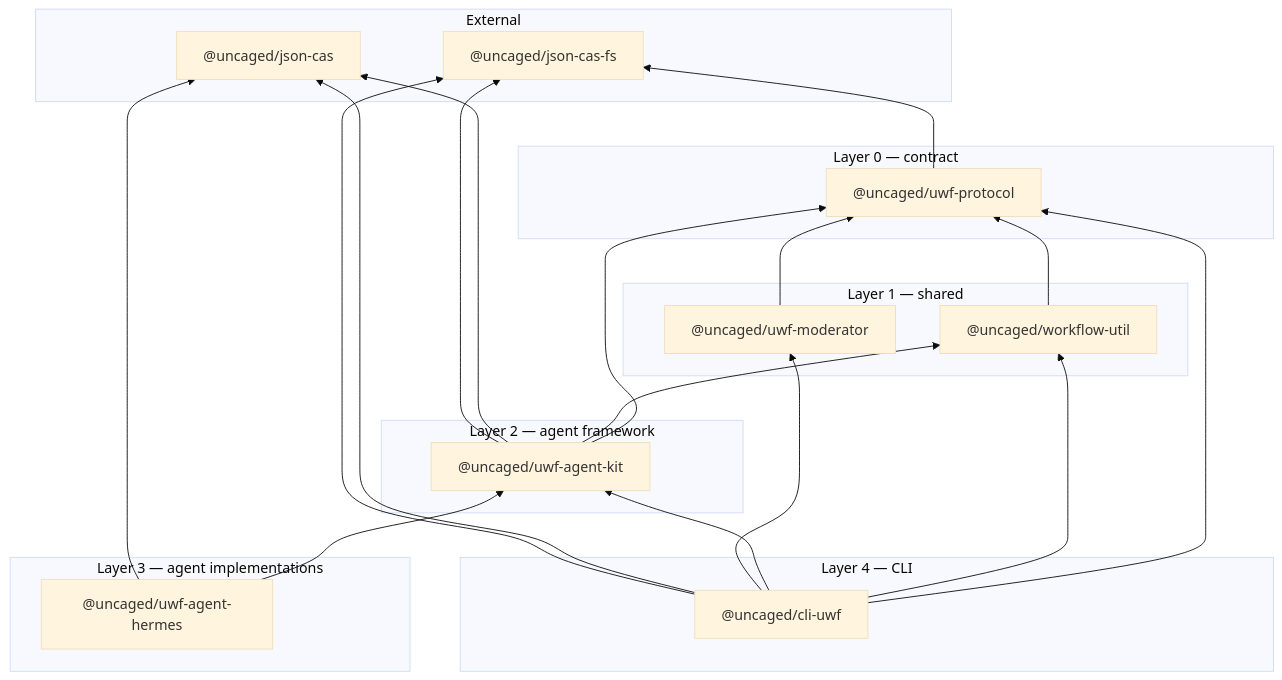
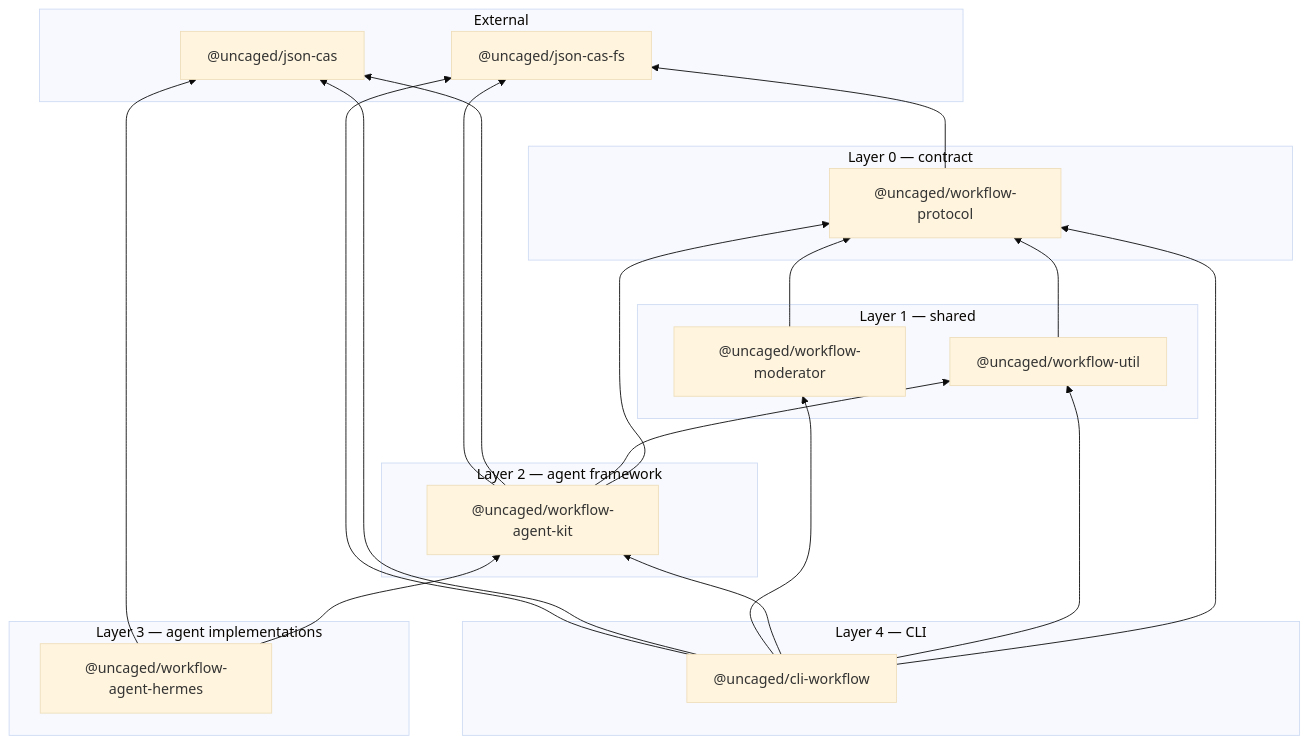
Before and after one commit to shazhou-ww/united-workforce: the diagram in docs/architecture.md, drawn with Mermaid (base theme). The commit also changed other lines of this file and 77 other files, not shown here.

First line of the commit message:
chore: rename uwf-* → workflow-*, cli-uwf → cli-workflow

````diff
--- a/docs/architecture.md
+++ b/docs/architecture.md
@@ -37,38 +37,38 @@
 ```mermaid
 flowchart BT
   subgraph External
     jcas["@uncaged/json-cas"]
     jcasfs["@uncaged/json-cas-fs"]
   end
   subgraph L0["Layer 0 — contract"]
-    protocol["@uncaged/uwf-protocol"]
+    protocol["@uncaged/workflow-protocol"]
   end
   subgraph L1["Layer 1 — shared"]
     util["@uncaged/workflow-util"]
-    moderator["@uncaged/uwf-moderator"]
+    moderator["@uncaged/workflow-moderator"]
   end
   subgraph L2["Layer 2 — agent framework"]
-    kit["@uncaged/uwf-agent-kit"]
+    kit["@uncaged/workflow-agent-kit"]
   end
   subgraph L3["Layer 3 — agent implementations"]
-    hermes["@uncaged/uwf-agent-hermes"]
+    hermes["@uncaged/workflow-agent-hermes"]
   end
   subgraph L4["Layer 4 — CLI"]
-    cli["@uncaged/cli-uwf"]
+    cli["@uncaged/cli-workflow"]
   end
   protocol --> jcasfs
   util --> protocol
   moderator --> protocol
   kit --> protocol
   kit --> util
   kit --> jcas
   kit --> jcasfs
   hermes --> kit
   hermes --> jcas
   cli --> protocol
   cli --> util
   cli --> kit
   cli --> moderator
   cli --> jcas
   cli --> jcasfs
 ```
````
